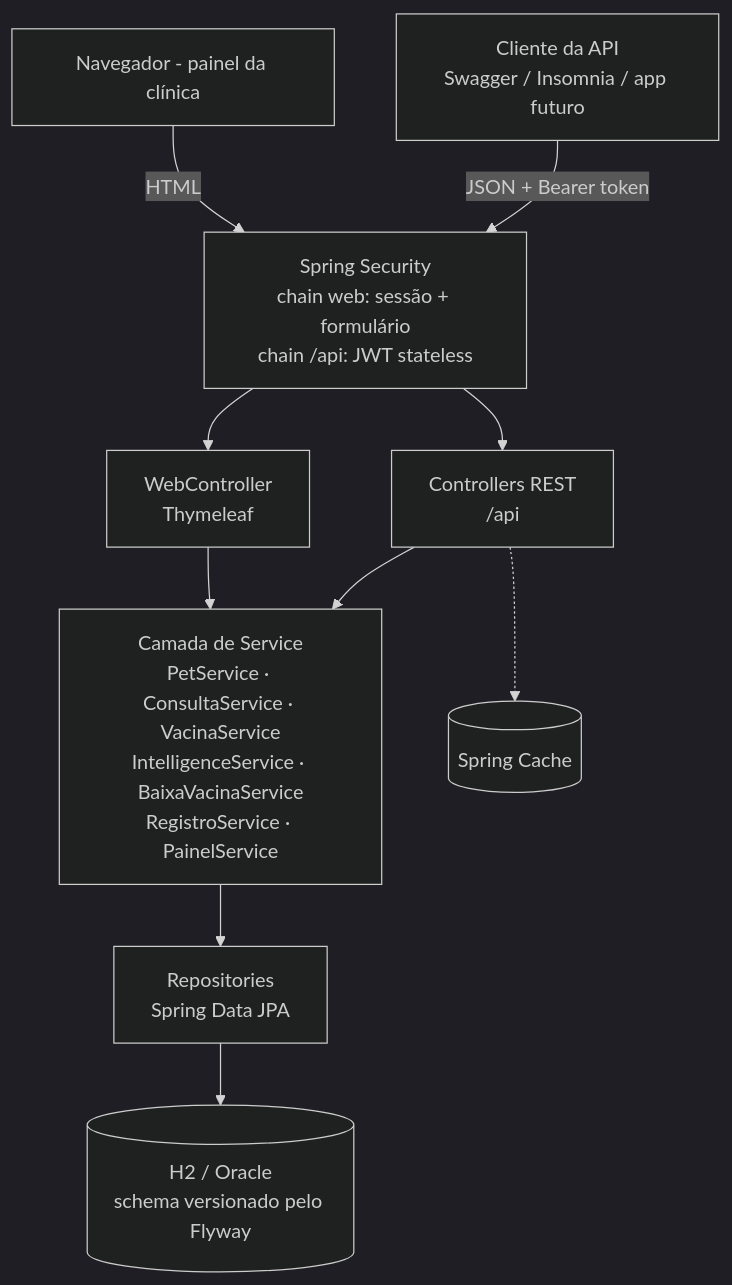
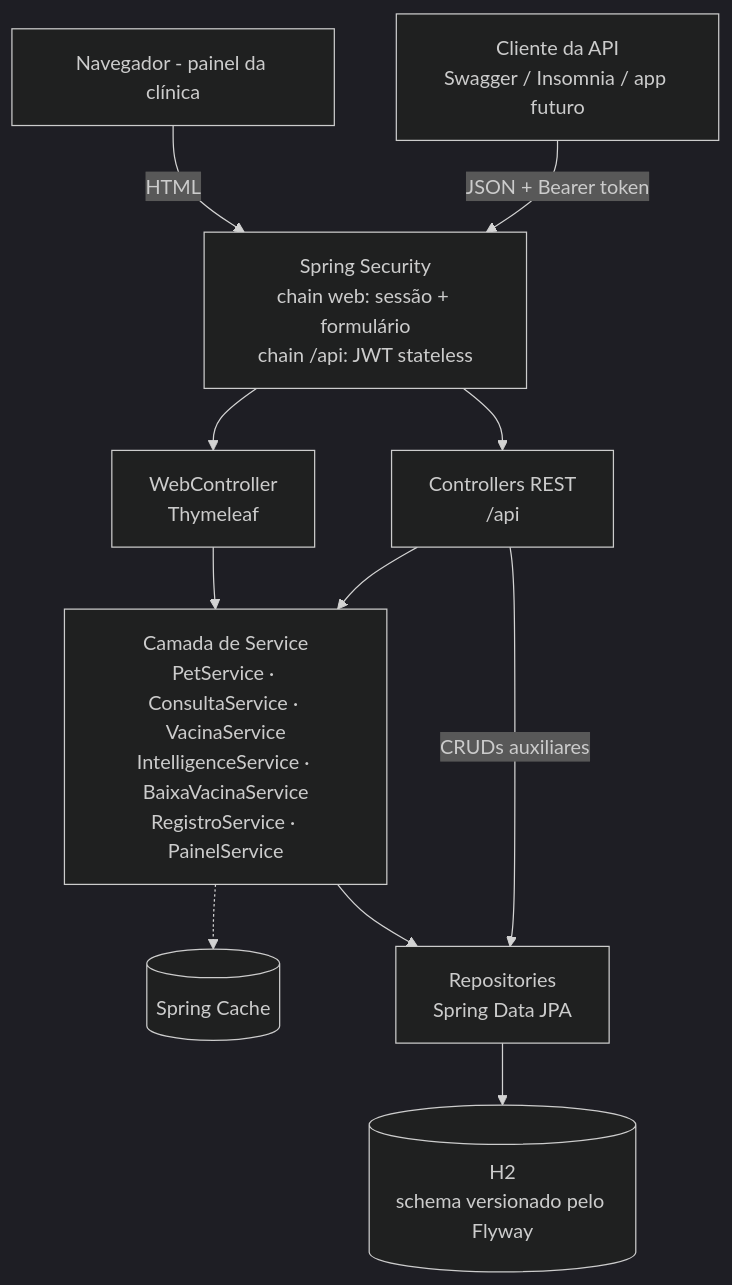
The first of 7 diagrams in documents/diagramas.md (gabriel-g-dev/clyvovet-java), drawn with Mermaid (dark theme) before and after one commit. The commit also changed other lines of this file and 52 other files, not shown here.

````diff
--- a/documents/diagramas.md
+++ b/documents/diagramas.md
@@ -11,25 +11,26 @@
 ```mermaid
 graph TD
     Navegador[Navegador - painel da clínica]
     App[Cliente da API<br/>Swagger / Insomnia / app futuro]
 
     Security[Spring Security<br/>chain web: sessão + formulário<br/>chain /api: JWT stateless]
 
     Web[WebController<br/>Thymeleaf]
     Rest[Controllers REST<br/>/api]
 
     Service[Camada de Service<br/>PetService · ConsultaService · VacinaService<br/>IntelligenceService · BaixaVacinaService<br/>RegistroService · PainelService]
     Repo[Repositories<br/>Spring Data JPA]
-    Banco[(H2 / Oracle<br/>schema versionado pelo Flyway)]
+    Banco[(H2<br/>schema versionado pelo Flyway)]
     Cache[(Spring Cache)]
 
     Navegador -->|HTML| Security
     App -->|JSON + Bearer token| Security
     Security --> Web
     Security --> Rest
     Web --> Service
     Rest --> Service
-    Rest -.-> Cache
+    Rest -->|CRUDs auxiliares| Repo
+    Service -.-> Cache
     Service --> Repo
     Repo --> Banco
 ```
````
